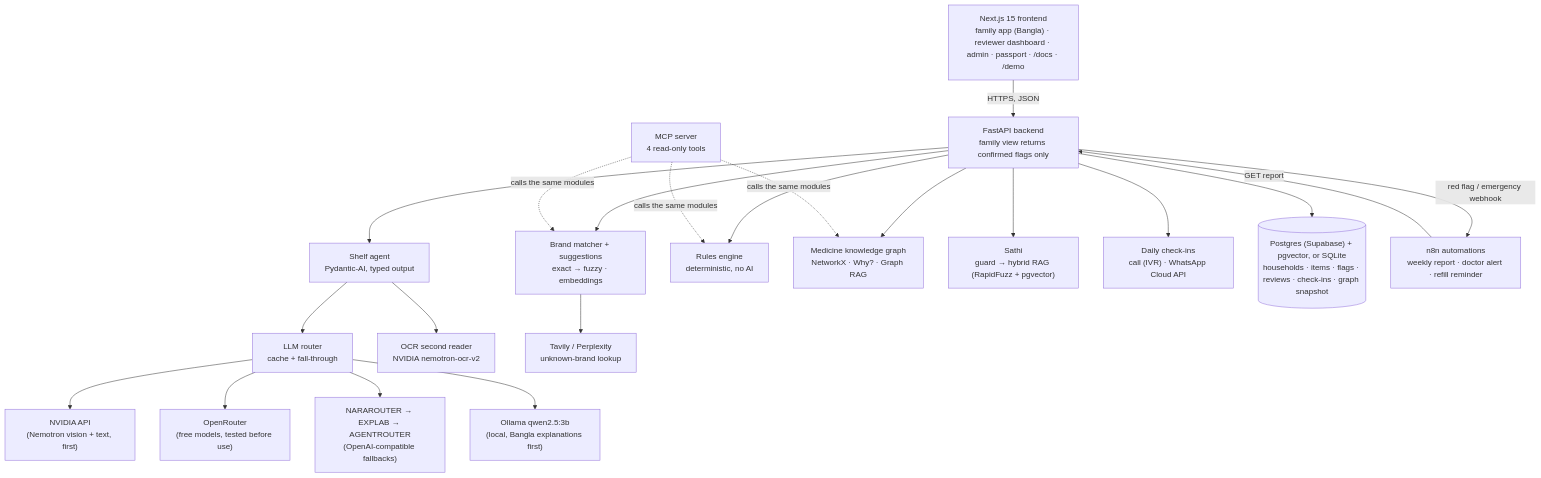
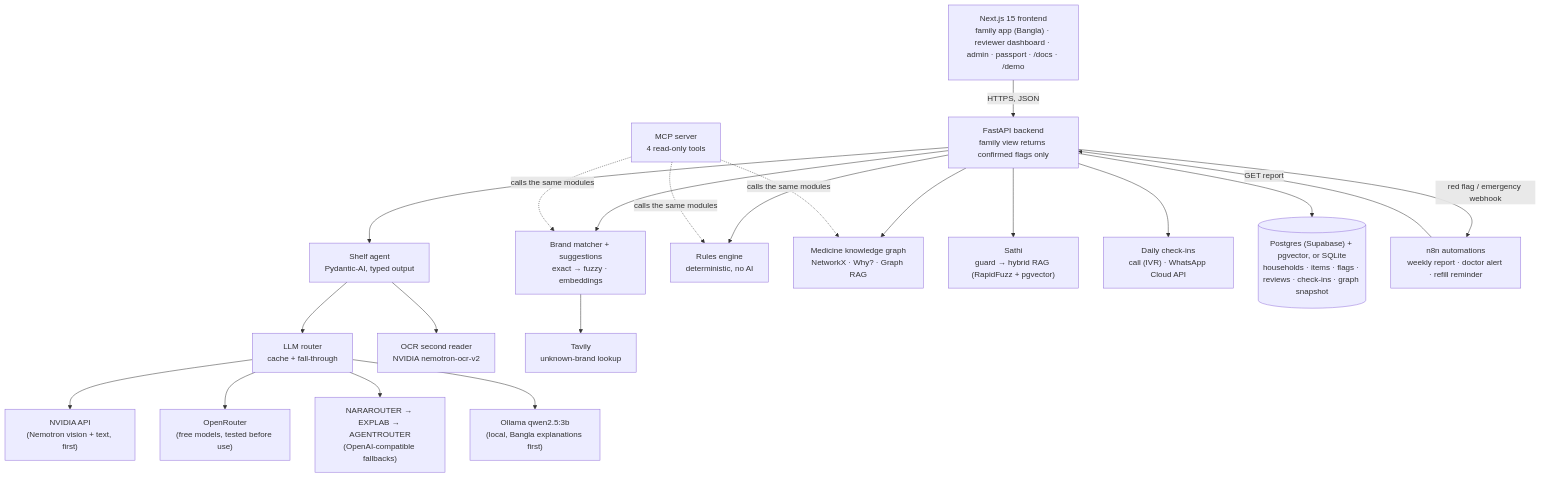
Before and after one commit to ProttoyDip/OushodhSathi-: the second of 2 diagrams in README.md, drawn with Mermaid. The commit also changed other lines of this file and 6 other files, not shown here.

First line of the commit message:
Unknown-brand lookup: Tavily only by default

````diff
--- a/README.md
+++ b/README.md
@@ -124,35 +124,35 @@
 ```mermaid
 flowchart TB
     UI["Next.js 15 frontend<br/>family app (Bangla) · reviewer dashboard · admin · passport · /docs · /demo"]
     API["FastAPI backend<br/>family view returns confirmed flags only"]
     AG["Shelf agent<br/>Pydantic-AI, typed output"]
     R["LLM router<br/>cache + fall-through"]
     P0["NVIDIA API<br/>(Nemotron vision + text, first)"]
     P1["OpenRouter<br/>(free models, tested before use)"]
     P2["NARAROUTER → EXPLAB → AGENTROUTER<br/>(OpenAI-compatible fallbacks)"]
     P3["Ollama qwen2.5:3b<br/>(local, Bangla explanations first)"]
     OCR["OCR second reader<br/>NVIDIA nemotron-ocr-v2"]
     BM["Brand matcher + suggestions<br/>exact → fuzzy · embeddings"]
-    WL["Tavily / Perplexity<br/>unknown-brand lookup"]
+    WL["Tavily<br/>unknown-brand lookup"]
     RE["Rules engine<br/>deterministic, no AI"]
     KG["Medicine knowledge graph<br/>NetworkX · Why? · Graph RAG"]
     SA["Sathi<br/>guard → hybrid RAG (RapidFuzz + pgvector)"]
     CI["Daily check-ins<br/>call (IVR) · WhatsApp Cloud API"]
     DB[("Postgres (Supabase) + pgvector, or SQLite<br/>households · items · flags · reviews · check-ins · graph snapshot")]
     N8N["n8n automations<br/>weekly report · doctor alert · refill reminder"]
     MCP["MCP server<br/>4 read-only tools"]
 
     UI -->|HTTPS, JSON| API
     API --> AG --> R
     R --> P0 & P1 & P2 & P3
     AG --> OCR
     API --> BM --> WL
     API --> RE
     API --> KG
     API --> SA
     API --> CI
     API --> DB
     API -->|red flag / emergency webhook| N8N
     N8N -->|GET report| API
     MCP -.->|calls the same modules| BM & RE & KG
 ```
````
